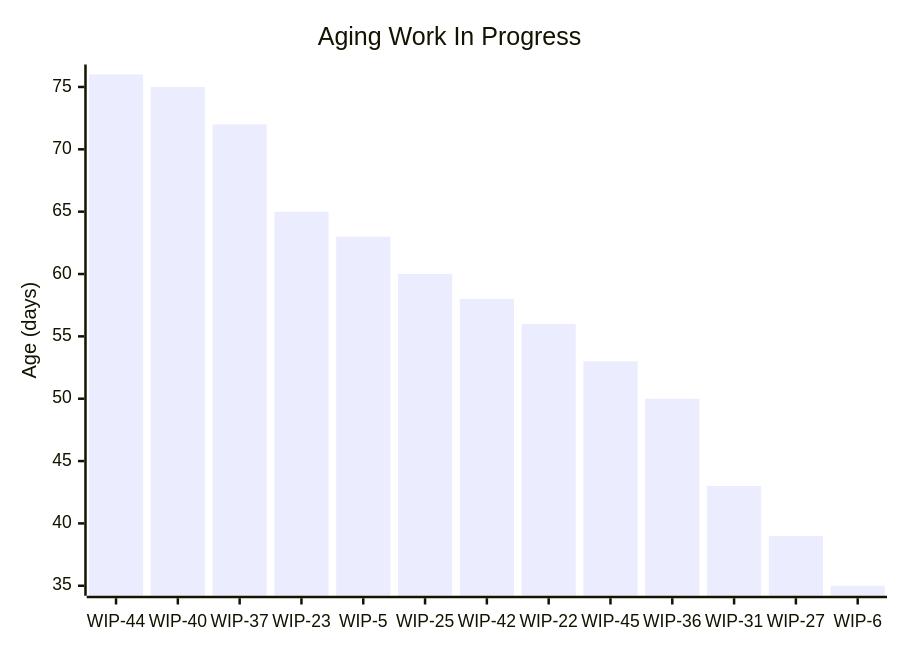
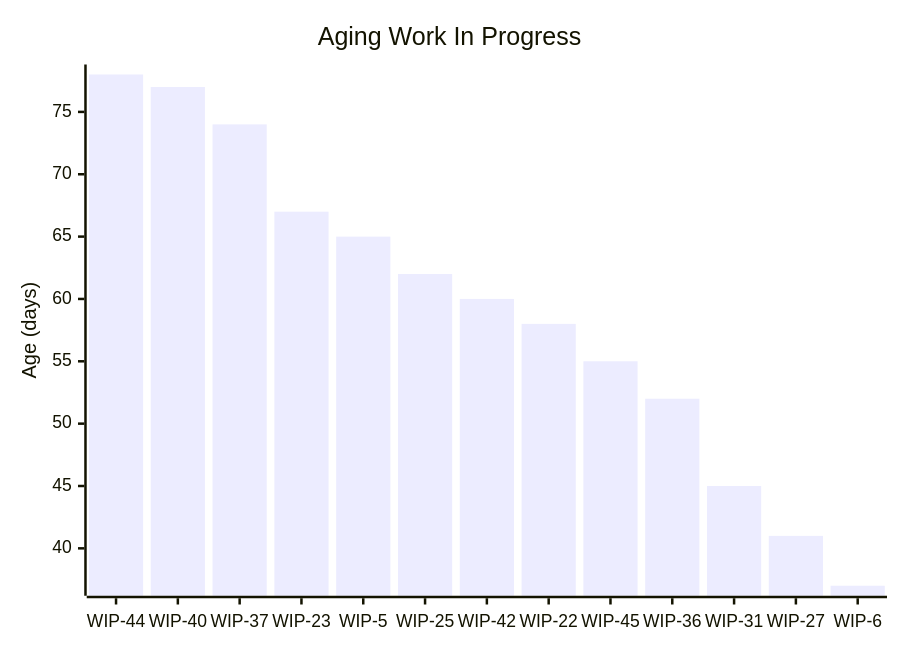
One commit to cbroult/predictability-engine changed the first of 5 diagrams in data/samples/reports/sample_data_large/types/Story.md. Above: the diagram before and after it, drawn with Mermaid. The commit also changed other lines of this file and 73 other files, not shown here.

````diff
--- a/data/samples/reports/sample_data_large/types/Story.md
+++ b/data/samples/reports/sample_data_large/types/Story.md
@@ -30,7 +30,7 @@
 ```mermaid
 xychart-beta
     title "Aging Work In Progress"
     x-axis ["WIP-44", "WIP-40", "WIP-37", "WIP-23", "WIP-5", "WIP-25", "WIP-42", "WIP-22", "WIP-45", "WIP-36", "WIP-31", "WIP-27", "WIP-6"]
     y-axis "Age (days)"
-    bar "Age" [76, 75, 72, 65, 63, 60, 58, 56, 53, 50, 43, 39, 35]
+    bar "Age" [78, 77, 74, 67, 65, 62, 60, 58, 55, 52, 45, 41, 37]
 ```
````
